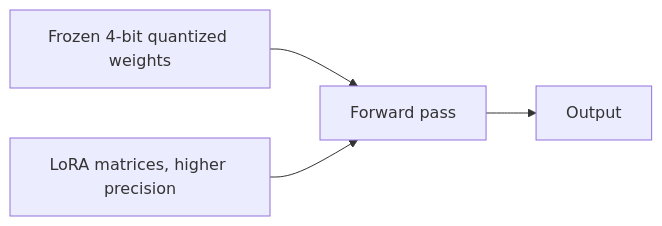
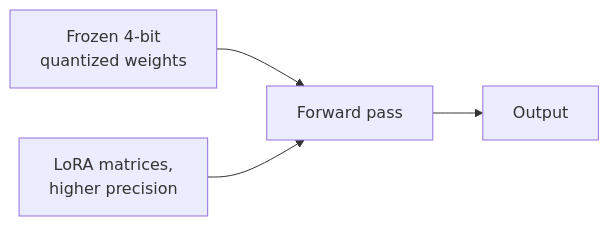
The third of 3 diagrams in ai-engineering/fine-tuning.md (zirachw/LockedIn), drawn with Mermaid before and after one commit. The commit also changed other lines of this file, not shown here.

Commit message:
feat: update fine-tuning

````diff
--- a/ai-engineering/fine-tuning.md
+++ b/ai-engineering/fine-tuning.md
@@ -80,6 +80,6 @@
 ```mermaid
 flowchart LR
-    P[Frozen 4-bit quantized weights] --> F[Forward pass]
-    A[LoRA matrices, higher precision] --> F
+    P[Frozen 4-bit<br/>quantized weights] --> F[Forward pass]
+    A[LoRA matrices,<br/>higher precision] --> F
     F --> O[Output]
 ```
````
